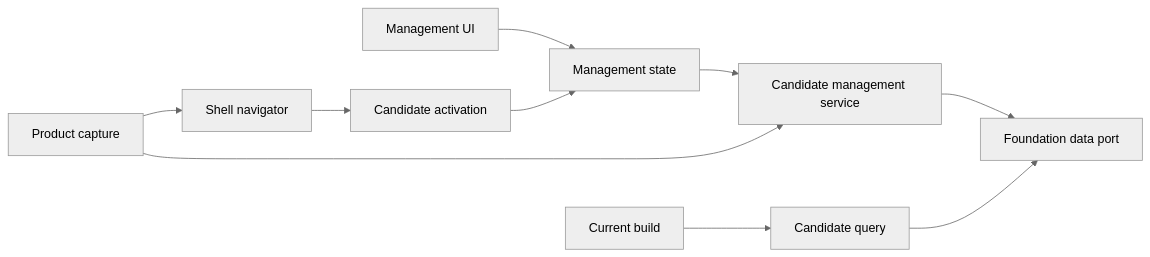
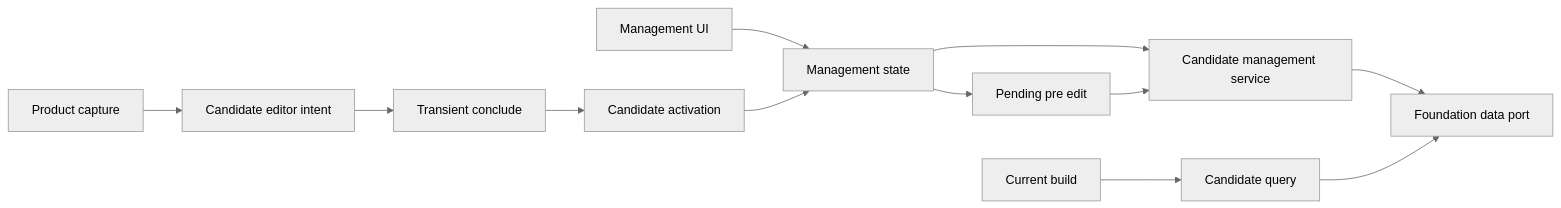
The first of 2 diagrams in .kiro/specs/project-candidate-management/design.md (Huruikagi/pc-build-planner), drawn with Mermaid (neutral theme) before and after one commit. The commit also changed other lines of this file and 58 other files, not shown here.

````diff
--- a/.kiro/specs/project-candidate-management/design.md
+++ b/.kiro/specs/project-candidate-management/design.md
@@ -53,12 +59,14 @@
 ```mermaid
 graph LR
     UI[Management UI] --> VM[Management state]
     VM --> Service[Candidate management service]
-    Capture[Product capture] --> Service
+    Capture[Product capture] --> Intent[Candidate editor intent]
     Build[Current build] --> Query[Candidate query]
     Service --> Data[Foundation data port]
     Query --> Data
-    Capture --> Navigator[Shell navigator]
-    Navigator --> Activation[Candidate activation]
+    Intent --> Transient[Transient conclude]
+    Transient --> Activation[Candidate activation]
     Activation --> VM
+    VM --> PreEdit[Pending pre edit]
+    PreEdit --> Service
 ```
````
